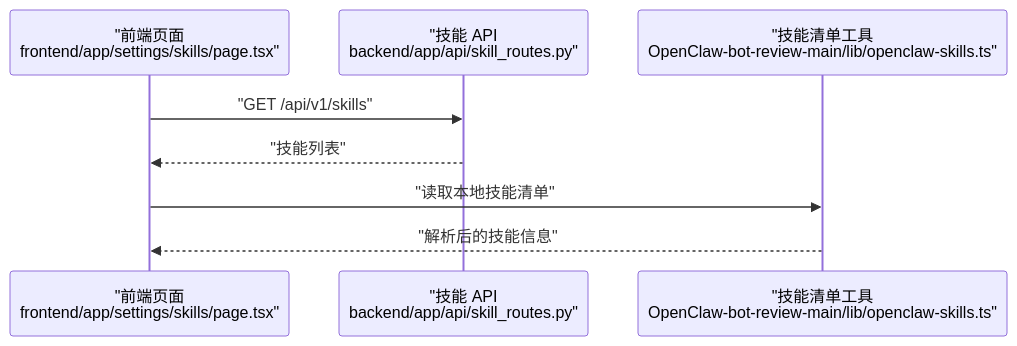
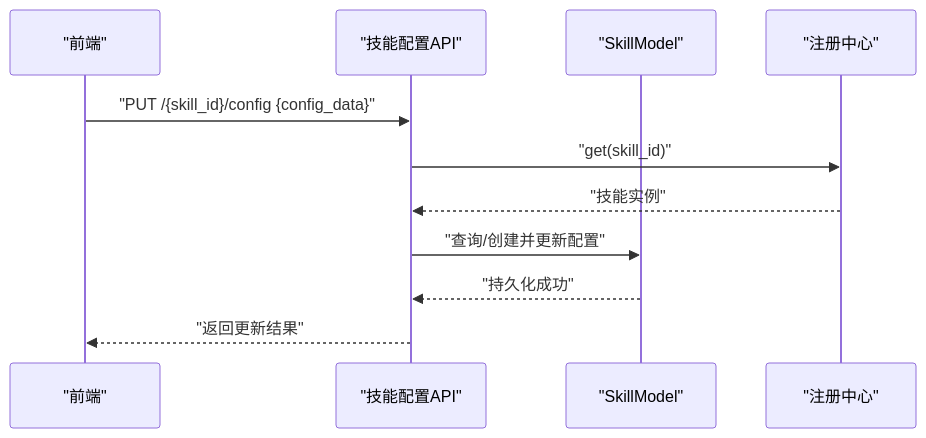
The fifth of 9 diagrams in .qoder/repowiki/zh/content/技能系统/技能开发指南.md (sansansansansan2022-web/hotclaw), drawn with Mermaid before and after one commit. The commit also changed other lines of this file and 288 other files, not shown here.

````diff
--- a/.qoder/repowiki/zh/content/技能系统/技能开发指南.md
+++ b/.qoder/repowiki/zh/content/技能系统/技能开发指南.md
@@ -216,10 +180,13 @@
 ```mermaid
 sequenceDiagram
-participant UI as "前端页面<br/>frontend/app/settings/skills/page.tsx"
-participant API as "技能 API<br/>backend/app/api/skill_routes.py"
-participant TS as "技能清单工具<br/>OpenClaw-bot-review-main/lib/openclaw-skills.ts"
-UI->>API : "GET /api/v1/skills"
-API-->>UI : "技能列表"
-UI->>TS : "读取本地技能清单"
-TS-->>UI : "解析后的技能信息"
+participant FE as "前端"
+participant API as "技能配置API"
+participant DB as "SkillModel"
+participant Reg as "注册中心"
+FE->>API : "PUT /{skill_id}/config {config_data}"
+API->>Reg : "get(skill_id)"
+Reg-->>API : "技能实例"
+API->>DB : "查询/创建并更新配置"
+DB-->>API : "持久化成功"
+API-->>FE : "返回更新结果"
 ```
````
